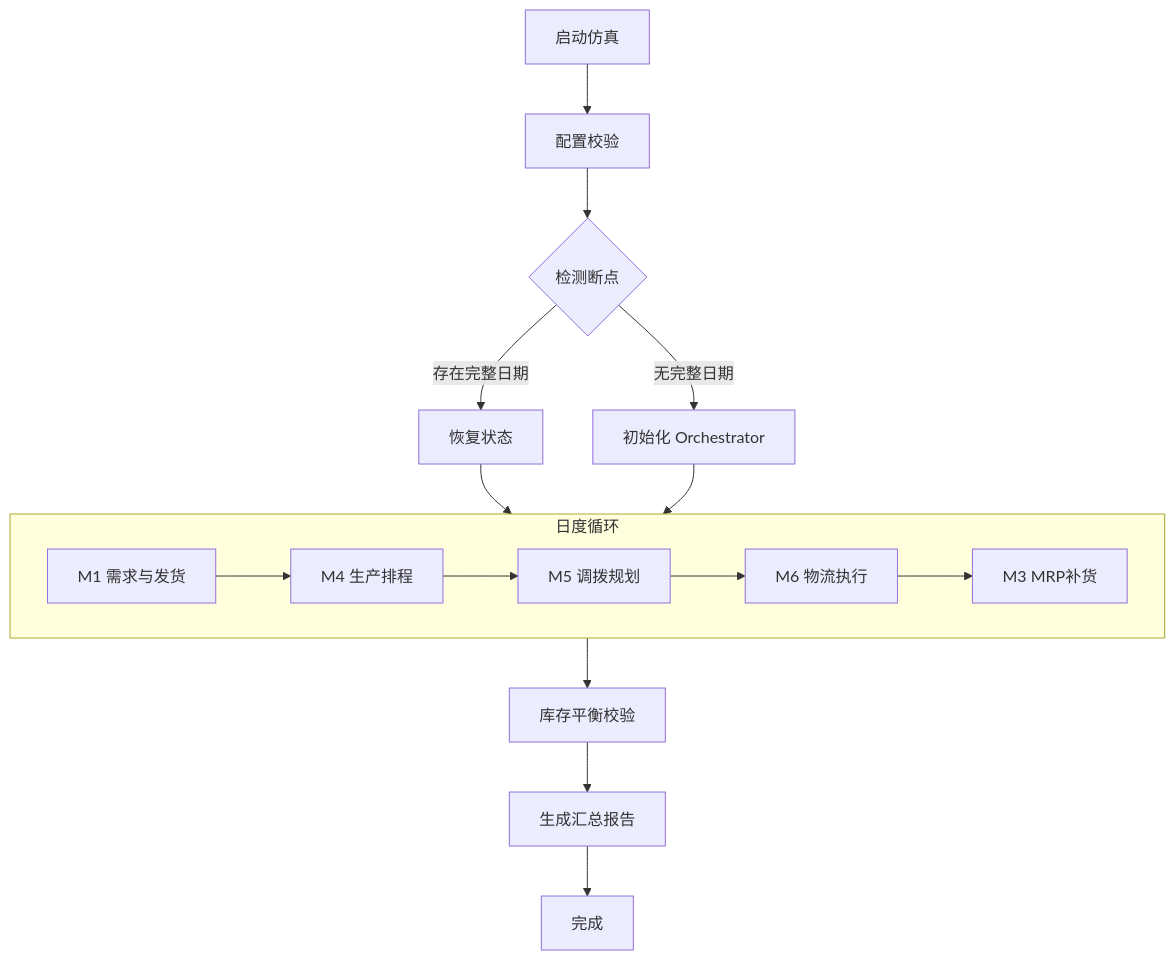
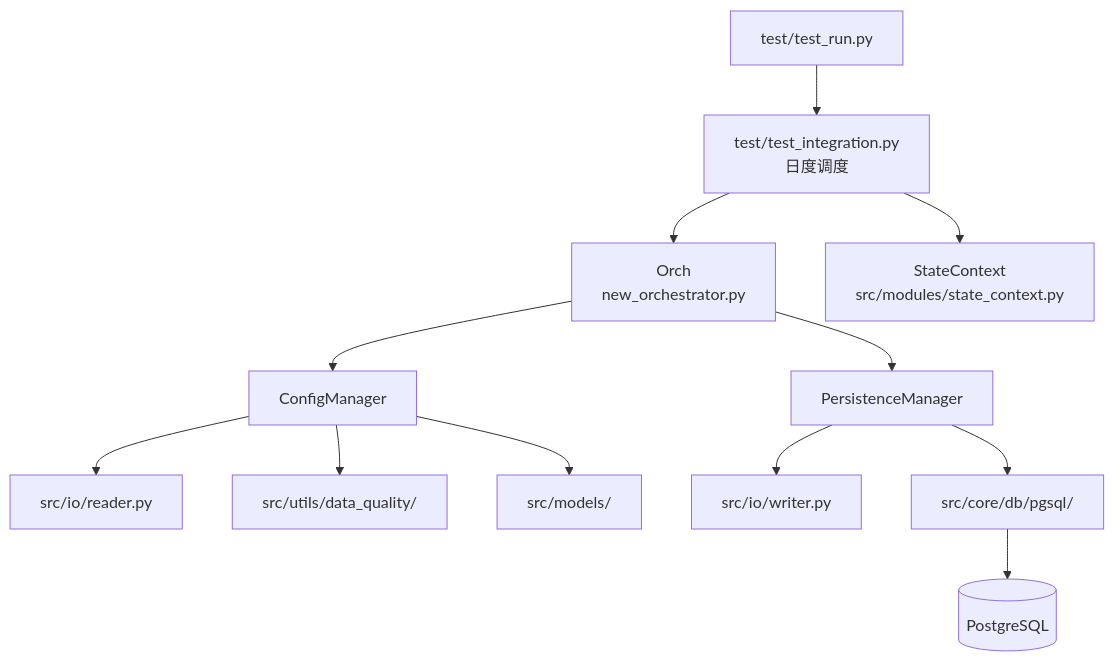
Before and after one commit to senzhang-ps/chainsight: the first of 2 diagrams in docs/architecture/core.md, drawn with Mermaid. The commit also changed other lines of this file and 14 other files, not shown here.

````diff
--- a/docs/architecture/core.md
+++ b/docs/architecture/core.md
@@ -433,17 +22,14 @@
 ```mermaid
 flowchart TB
-    A["启动仿真"] --> B["配置校验"]
-    B --> C{"检测断点"}
-    C -->|存在完整日期| D["恢复状态"]
-    C -->|无完整日期| E["初始化 Orchestrator"]
-    D --> LOOP
-    E --> LOOP
-
-    subgraph LOOP ["日度循环"]
-        M1["M1 需求与发货"] --> M4["M4 生产排程"] --> M5["M5 调拨规划"] --> M6["M6 物流执行"] --> M3["M3 MRP补货"]
-    end
-
-    LOOP --> F["库存平衡校验"]
-    F --> G["生成汇总报告"]
-    G --> H["完成"]
+    ENTRY["test/test_run.py"] --> INT["test/test_integration.py\n日度调度"]
+    INT --> ORCH["Orch\nnew_orchestrator.py"]
+    INT --> STATE["StateContext\nsrc/modules/state_context.py"]
+    ORCH --> CM["ConfigManager"]
+    ORCH --> PM["PersistenceManager"]
+    CM --> IO["src/io/reader.py"]
+    CM --> DQ["src/utils/data_quality/"]
+    PM --> WR["src/io/writer.py"]
+    CM --> MODEL["src/models/"]
+    PM --> PGDB["src/core/db/pgsql/"]
+    PGDB --> PG[(PostgreSQL)]
 ```
````
